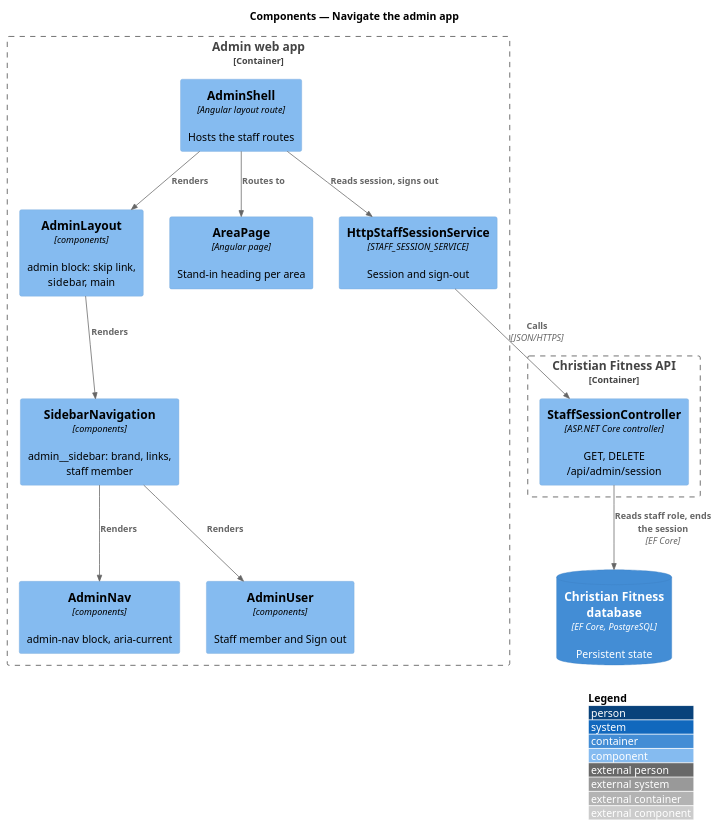
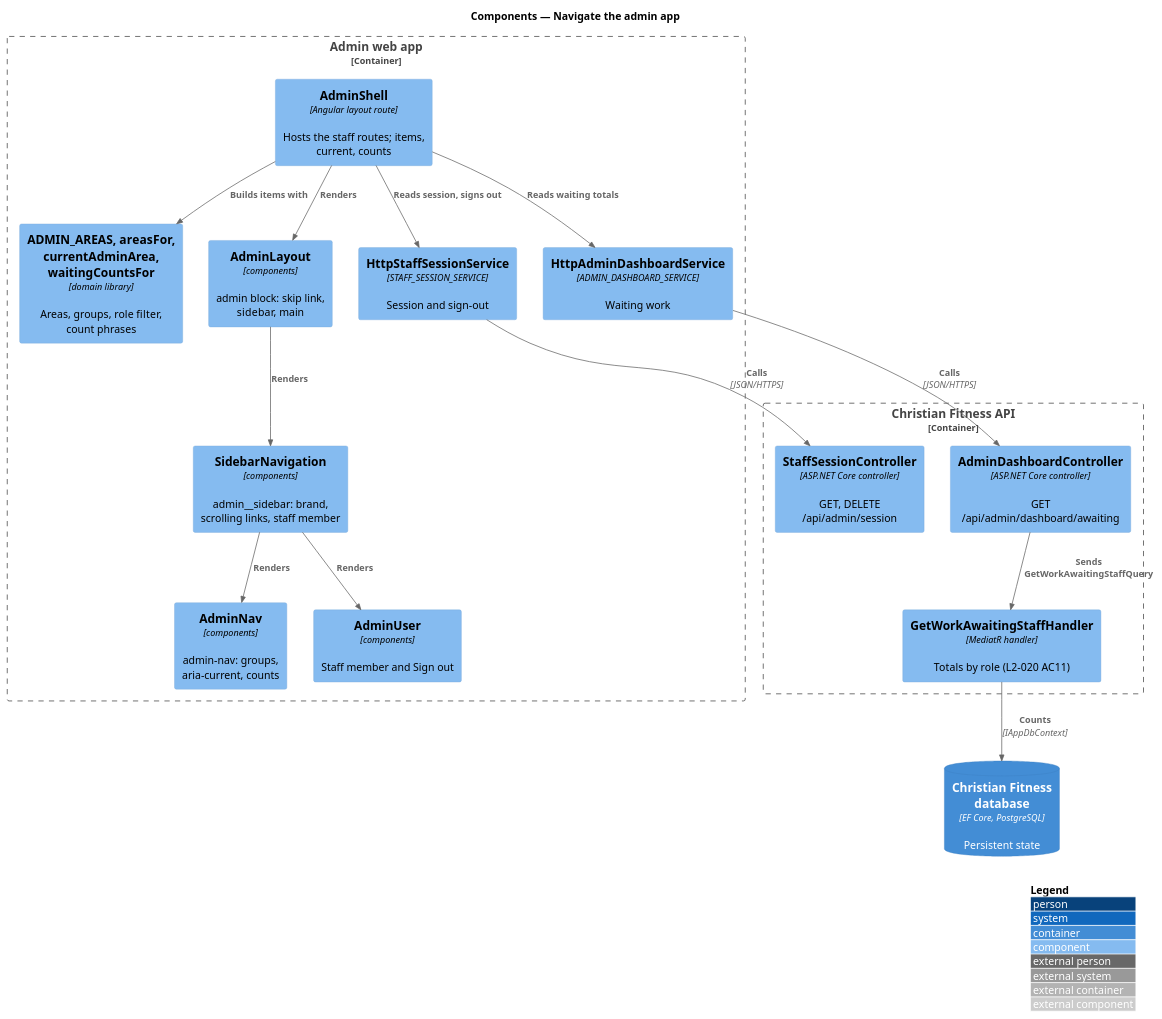
The diagram in docs/detailed-designs/admin-access/navigate-admin-app/diagrams/c4-component.puml (QuinntyneBrown/christian-fitness), drawn with PlantUML before and after one commit. The commit also changed 84 other files, not shown here.

```diff
--- a/docs/detailed-designs/admin-access/navigate-admin-app/diagrams/c4-component.puml
+++ b/docs/detailed-designs/admin-access/navigate-admin-app/diagrams/c4-component.puml
@@ -1,28 +1,34 @@
 @startuml
 !include <C4/C4_Component>
 LAYOUT_WITH_LEGEND()
 title Components — Navigate the admin app
 
 Container_Boundary(admin, "Admin web app") {
-  Component(shell, "AdminShell", "Angular layout route", "Hosts the staff routes")
+  Component(shell, "AdminShell", "Angular layout route", "Hosts the staff routes; items, current, counts")
+  Component(domain, "ADMIN_AREAS, areasFor, currentAdminArea, waitingCountsFor", "domain library", "Areas, groups, role filter, count phrases")
   Component(layout, "AdminLayout", "components", "admin block: skip link, sidebar, main")
-  Component(side, "SidebarNavigation", "components", "admin__sidebar: brand, links, staff member")
-  Component(nav, "AdminNav", "components", "admin-nav block, aria-current")
+  Component(side, "SidebarNavigation", "components", "admin__sidebar: brand, scrolling links, staff member")
+  Component(nav, "AdminNav", "components", "admin-nav: groups, aria-current, counts")
   Component(user, "AdminUser", "components", "Staff member and Sign out")
-  Component(area, "AreaPage", "Angular page", "Stand-in heading per area")
-  Component(svc, "HttpStaffSessionService", "STAFF_SESSION_SERVICE", "Session and sign-out")
+  Component(sess, "HttpStaffSessionService", "STAFF_SESSION_SERVICE", "Session and sign-out")
+  Component(dash, "HttpAdminDashboardService", "ADMIN_DASHBOARD_SERVICE", "Waiting work")
 }
 Container_Boundary(api, "Christian Fitness API") {
-  Component(ctrl, "StaffSessionController", "ASP.NET Core controller", "GET, DELETE /api/admin/session")
+  Component(sctrl, "StaffSessionController", "ASP.NET Core controller", "GET, DELETE /api/admin/session")
+  Component(dctrl, "AdminDashboardController", "ASP.NET Core controller", "GET /api/admin/dashboard/awaiting")
+  Component(h, "GetWorkAwaitingStaffHandler", "MediatR handler", "Totals by role (L2-020 AC11)")
 }
 ContainerDb(db, "Christian Fitness database", "EF Core, PostgreSQL", "Persistent state")
 
+Rel(shell, domain, "Builds items with")
 Rel(shell, layout, "Renders")
 Rel(layout, side, "Renders")
 Rel(side, nav, "Renders")
 Rel(side, user, "Renders")
-Rel(shell, area, "Routes to")
-Rel(shell, svc, "Reads session, signs out")
-Rel(svc, ctrl, "Calls", "JSON/HTTPS")
-Rel(ctrl, db, "Reads staff role, ends the session", "EF Core")
+Rel(shell, sess, "Reads session, signs out")
+Rel(shell, dash, "Reads waiting totals")
+Rel(sess, sctrl, "Calls", "JSON/HTTPS")
+Rel(dash, dctrl, "Calls", "JSON/HTTPS")
+Rel(dctrl, h, "Sends GetWorkAwaitingStaffQuery")
+Rel(h, db, "Counts", "IAppDbContext")
 @enduml
```
